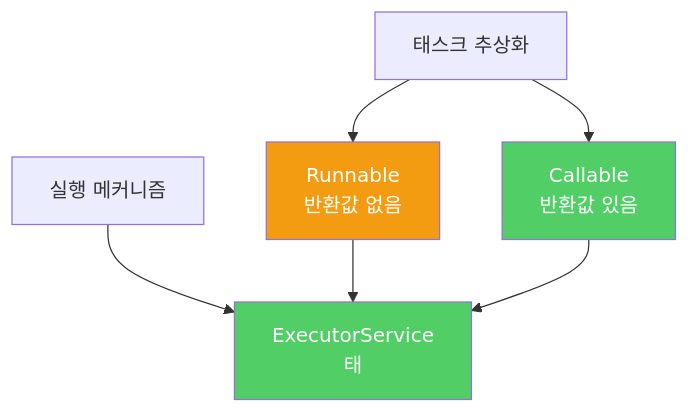
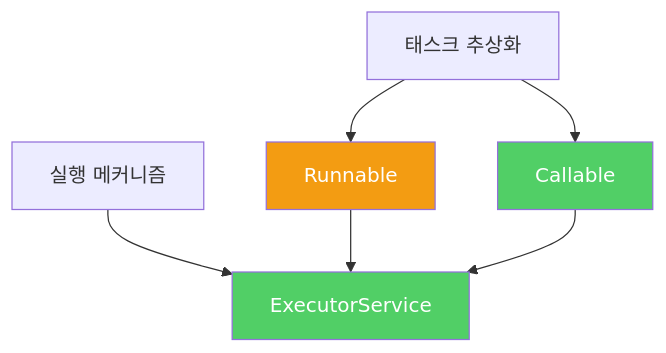
The diagram in _posts/java/2022-03-05-effective-java80.md (yjkim2015/yjkim2015.github.io), drawn with Mermaid before and after one commit. The commit also changed 217 other files, not shown here.

First line of the commit message:
Mermaid 크기 수정: useMaxWidth:true + SVG max-width:100% + 라벨 축소

````diff
--- a/_posts/java/2022-03-05-effective-java80.md
+++ b/_posts/java/2022-03-05-effective-java80.md
@@ -93,11 +93,11 @@
 ```mermaid
 graph TD
-    A["태스크 추상화"] --> B["Runnable\n반환값 없음\n"]
-    A --> C["Callable\n반환값 있음\n"]
-    D["실행 메커니즘"] --> E["ExecutorService\n태"]
+    A["태스크 추상화"] --> B["Runnable"]
+    A --> C["Callable"]
+    D["실행 메커니즘"] --> E["ExecutorService"]
     B --> E
     C --> E
     style B fill:#f39c12,color:#fff
     style C fill:#51cf66,color:#fff
     style E fill:#51cf66,color:#fff
 ```
````
